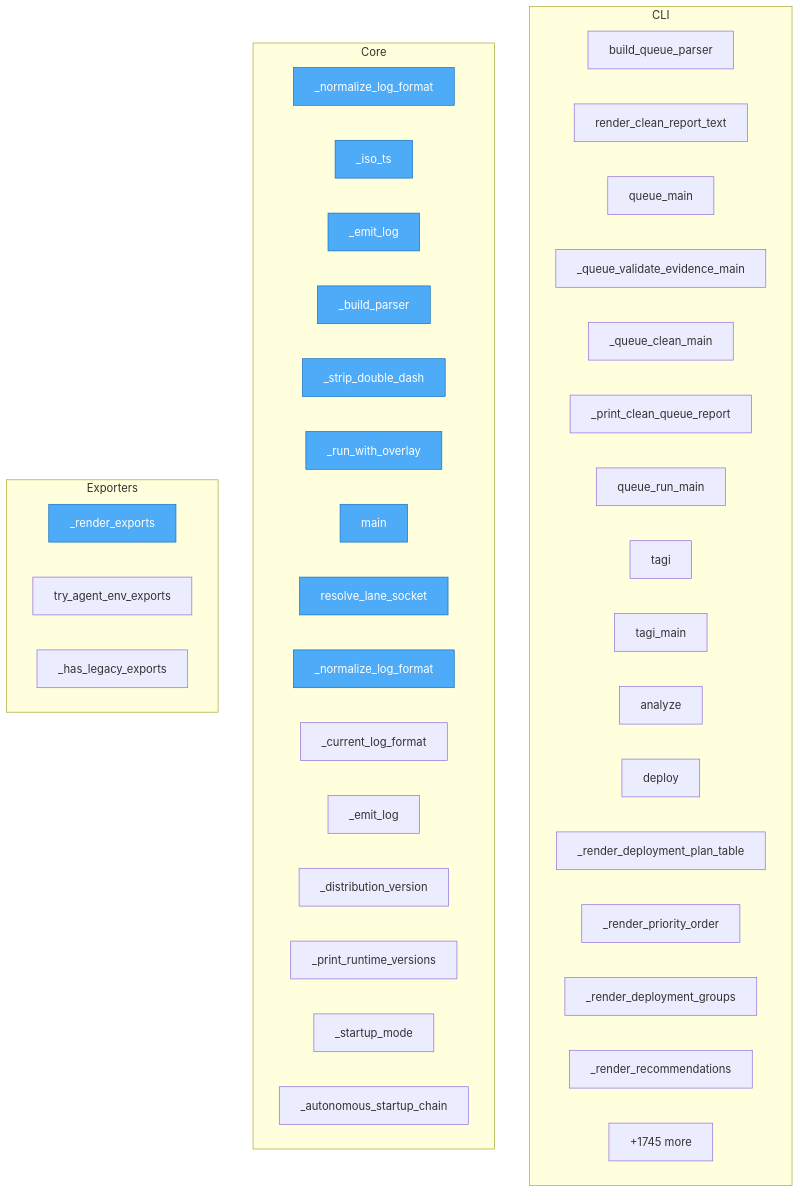
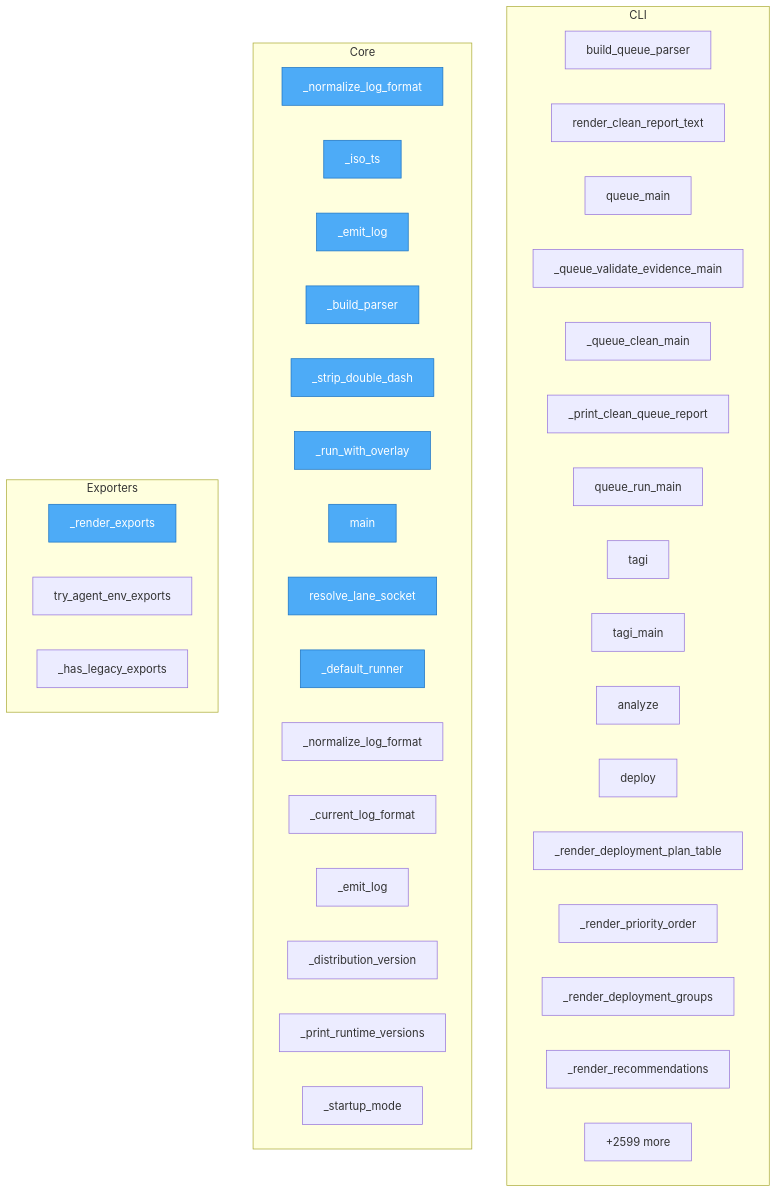
One commit to semcod/koru changed the diagram in project/flow.mmd. Above: the diagram before and after it, drawn with Mermaid. The commit also changed 53 other files, not shown here.

```diff
--- a/project/flow.mmd
+++ b/project/flow.mmd
@@ -1,51 +1,51 @@
 flowchart TD
-%% generated in 0.53s
+%% generated in 0.56s
 
     %% Entry points (blue)
     classDef entry fill:#4dabf7,stroke:#1971c2,color:#fff
 
     subgraph CLI
         koru__cli_queue__build_queue_parser["build_queue_parser"]
         koru__cli_queue__render_clean_report_text["render_clean_report_text"]
         koru__cli_queue__queue_main["queue_main"]
         koru__cli_queue___queue_validate_evidence_main["_queue_validate_evidence_main"]
         koru__cli_queue___queue_clean_main["_queue_clean_main"]
         koru__cli_queue___print_clean_queue_report["_print_clean_queue_report"]
         koru__cli_queue__queue_run_main["queue_run_main"]
         koru__cli_tagi__tagi["tagi"]
         koru__cli_tagi__tagi_main["tagi_main"]
         koru__cli_tagi__analyze["analyze"]
         koru__cli_tagi__deploy["deploy"]
         koru__cli_tagi___render_deployment_plan_table["_render_deployment_plan_table"]
         koru__cli_tagi___render_priority_order["_render_priority_order"]
         koru__cli_tagi___render_deployment_groups["_render_deployment_groups"]
         koru__cli_tagi___render_recommendations["_render_recommendations"]
         ...["+4 more"]
     end
 
     subgraph Core
         packages__koruenv__src__koruenv__cli___normalize_log_format["_normalize_log_format"]
         packages__koruenv__src__koruenv__cli___iso_ts["_iso_ts"]
         packages__koruenv__src__koruenv__cli___emit_log["_emit_log"]
         packages__koruenv__src__koruenv__cli___build_parser["_build_parser"]
         packages__koruenv__src__koruenv__cli___strip_double_dash["_strip_double_dash"]
         packages__koruenv__src__koruenv__cli___run_with_overlay["_run_with_overlay"]
         packages__koruenv__src__koruenv__cli__main["main"]
         packages__koruenv__src__koruenv__lane__resolve_lane_socket["resolve_lane_socket"]
+        packages__coru__src__coru__ecosystem___default_runner["_default_runner"]
         packages__coru__src__coru__cli___normalize_log_format["_normalize_log_format"]
         packages__coru__src__coru__cli___current_log_format["_current_log_format"]
         packages__coru__src__coru__cli___emit_log["_emit_log"]
         packages__coru__src__coru__cli___distribution_version["_distribution_version"]
         packages__coru__src__coru__cli___print_runtime_versions["_print_runtime_versions"]
         packages__coru__src__coru__cli___startup_mode["_startup_mode"]
-        packages__coru__src__coru__cli___autonomous_startup_chain["_autonomous_startup_chain"]
-        ...["+1745 more"]
+        ...["+2599 more"]
     end
 
     subgraph Exporters
         packages__koruenv__src__koruenv__cli___render_exports["_render_exports"]
         src__koru__agent_cli_helpers__try_agent_env_exports["try_agent_env_exports"]
         src__koru__cli___has_legacy_exports["_has_legacy_exports"]
     end
 
-    class packages__koruenv__src__koruenv__cli___normalize_log_format,packages__koruenv__src__koruenv__cli___iso_ts,packages__koruenv__src__koruenv__cli___emit_log,packages__koruenv__src__koruenv__cli___build_parser,packages__koruenv__src__koruenv__cli___render_exports,packages__koruenv__src__koruenv__cli___strip_double_dash,packages__koruenv__src__koruenv__cli___run_with_overlay,packages__koruenv__src__koruenv__cli__main,packages__koruenv__src__koruenv__lane__resolve_lane_socket,packages__coru__src__coru__cli___normalize_log_format entry
+    class packages__koruenv__src__koruenv__cli___normalize_log_format,packages__koruenv__src__koruenv__cli___iso_ts,packages__koruenv__src__koruenv__cli___emit_log,packages__koruenv__src__koruenv__cli___build_parser,packages__koruenv__src__koruenv__cli___render_exports,packages__koruenv__src__koruenv__cli___strip_double_dash,packages__koruenv__src__koruenv__cli___run_with_overlay,packages__koruenv__src__koruenv__cli__main,packages__koruenv__src__koruenv__lane__resolve_lane_socket,packages__coru__src__coru__ecosystem___default_runner entry
```
